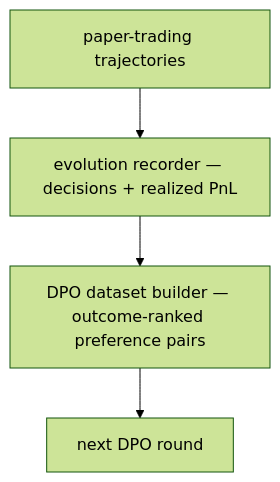
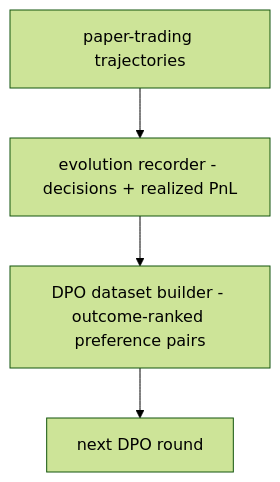
The fifth of 6 diagrams in README.md (C0k11/stock-share-Helper), drawn with Mermaid (forest theme) before and after one commit. The commit also changed other lines of this file and 2 other files, not shown here.

````diff
--- a/README.md
+++ b/README.md
@@ -240,6 +240,6 @@
 ```mermaid
 flowchart TB
-    TRJ["paper-trading trajectories"] --> REC["evolution recorder — decisions + realized PnL"]
-    REC --> DSB["DPO dataset builder — outcome-ranked preference pairs"]
+    TRJ["paper-trading trajectories"] --> REC["evolution recorder - decisions + realized PnL"]
+    REC --> DSB["DPO dataset builder - outcome-ranked preference pairs"]
     DSB --> NXT["next DPO round"]
 ```
````
